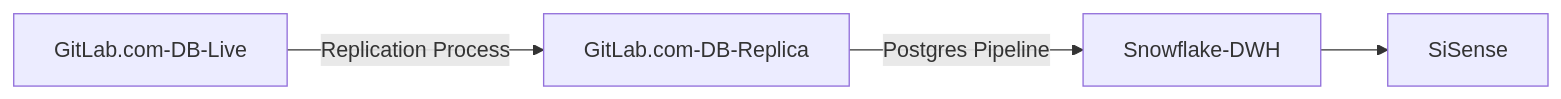
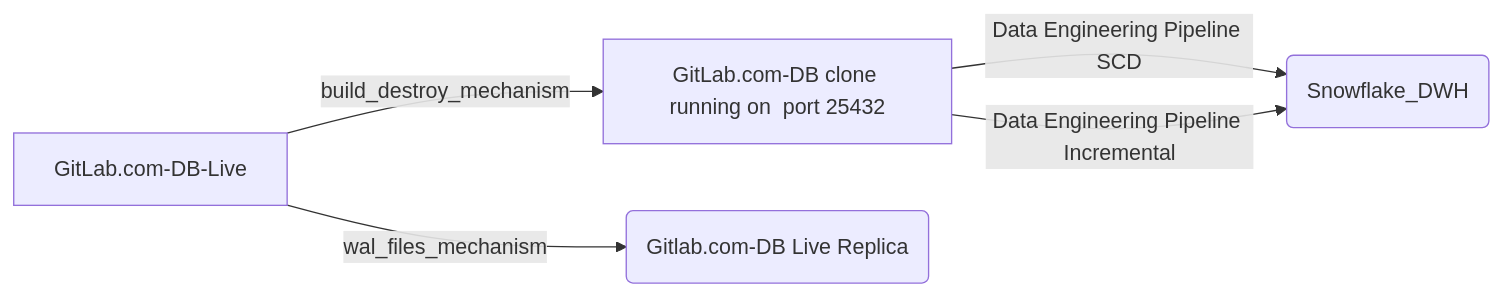
The diagram in business-technology/data-team/platform/pipelines/index.html.md (secretstartups/handbook), drawn with Mermaid before and after one commit. The commit also changed other lines of this file, not shown here.

Commit message:
changed GitLab postgres description

````diff
--- a/business-technology/data-team/platform/pipelines/index.html.md
+++ b/business-technology/data-team/platform/pipelines/index.html.md
@@ -21,4 +21,7 @@
 ```mermaid
-graph LR 
-GitLab.com-DB-Live --Replication Process --> GitLab.com-DB-Replica -- Postgres Pipeline --> Snowflake-DWH --> SiSense
+graph LR;
+A[GitLab.com-DB-Live] -->|build_destroy_mechanism| B[GitLab.com-DB clone running on  port 25432]
+    A --> |wal_files_mechanism| C(Gitlab.com-DB Live Replica)
+    B --> | Data Engineering Pipeline SCD| D(Snowflake_DWH)
+    B --> | Data Engineering Pipeline Incremental| D(Snowflake_DWH)
 ```
````
